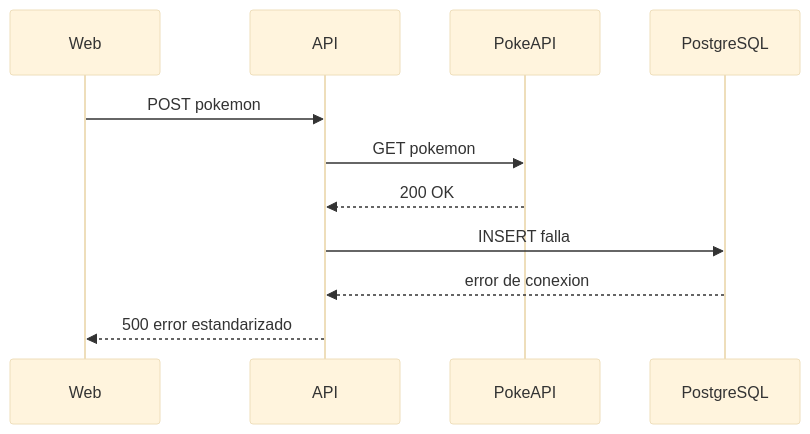
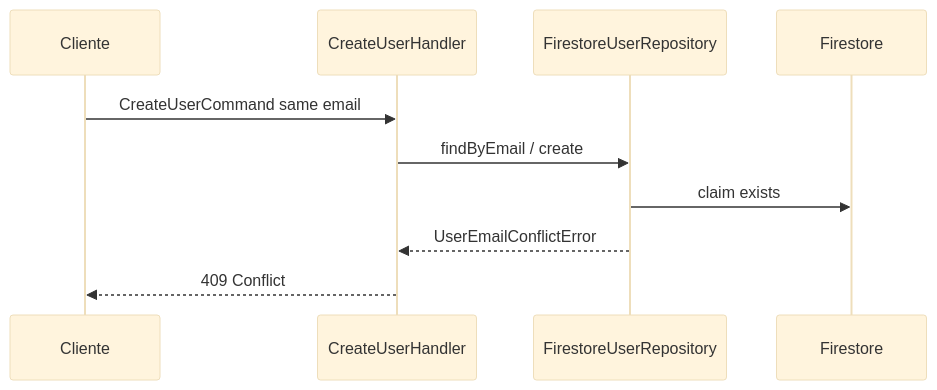
Before and after one commit to AndresED/reto-geekscastle: the fourth of 4 diagrams in docs/infra/c4-y-flujos.md, drawn with Mermaid (base theme). The commit also changed other lines of this file and 23 other files, not shown here.

First line of the commit message:
feat: rewrite product infra docs and atomic email claim create

````diff
--- a/docs/infra/c4-y-flujos.md
+++ b/docs/infra/c4-y-flujos.md
@@ -152,14 +68,13 @@
 ```mermaid
 sequenceDiagram
-    participant W as Web
-    participant A as API
-    participant P as PokeAPI
-    participant D as PostgreSQL
+  participant C as Cliente
+  participant CH as CreateUserHandler
+  participant Repo as FirestoreUserRepository
+  participant FS as Firestore
 
-    W->>A: POST pokemon
-    A->>P: GET pokemon
-    P-->>A: 200 OK
-    A->>D: INSERT falla
-    D-->>A: error de conexion
-    A-->>W: 500 error estandarizado
+  C->>CH: CreateUserCommand same email
+  CH->>Repo: findByEmail / create
+  Repo->>FS: claim exists
+  Repo-->>CH: UserEmailConflictError
+  CH-->>C: 409 Conflict
 ```
````
